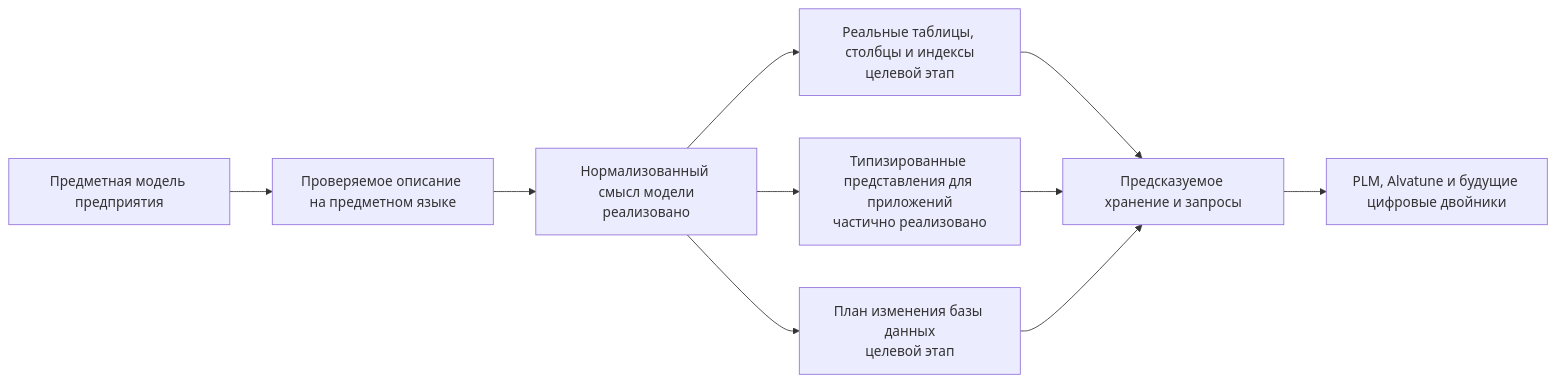
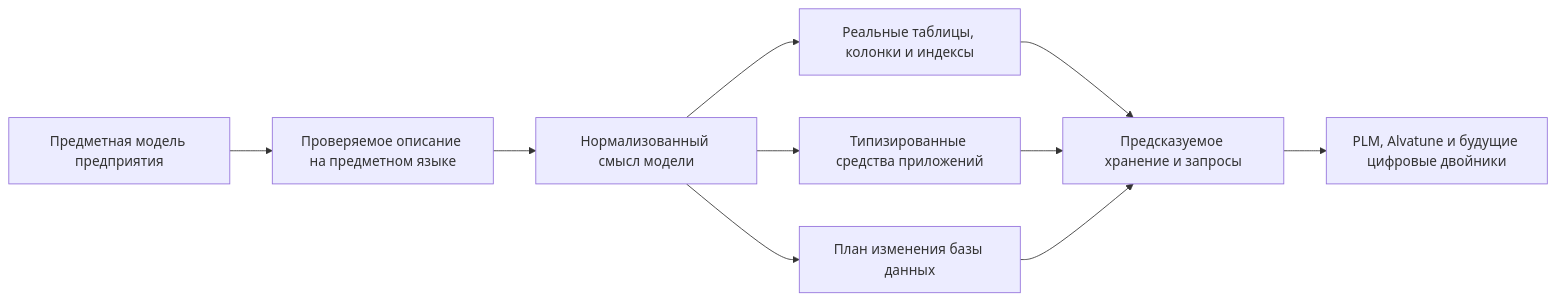
Before and after one commit to ZelAnton/Interlink-product-book: the diagram in docs/data-structure/README.md, drawn with Mermaid. The commit also changed other lines of this file and 231 other files, not shown here.

````diff
--- a/docs/data-structure/README.md
+++ b/docs/data-structure/README.md
@@ -28,12 +27,12 @@
 ```mermaid
 flowchart LR
     A["Предметная модель предприятия"] --> B["Проверяемое описание на предметном языке"]
-    B --> C["Нормализованный смысл модели<br/>реализовано"]
-    C --> D["Реальные таблицы, столбцы и индексы<br/>целевой этап"]
-    C --> E["Типизированные представления для приложений<br/>частично реализовано"]
-    C --> F["План изменения базы данных<br/>целевой этап"]
+    B --> C["Нормализованный смысл модели"]
+    C --> D["Реальные таблицы, колонки и индексы"]
+    C --> E["Типизированные средства приложений"]
+    C --> F["План изменения базы данных"]
     D --> G["Предсказуемое хранение и запросы"]
     E --> G
     F --> G
     G --> H["PLM, Alvatune и будущие цифровые двойники"]
 ```
````
